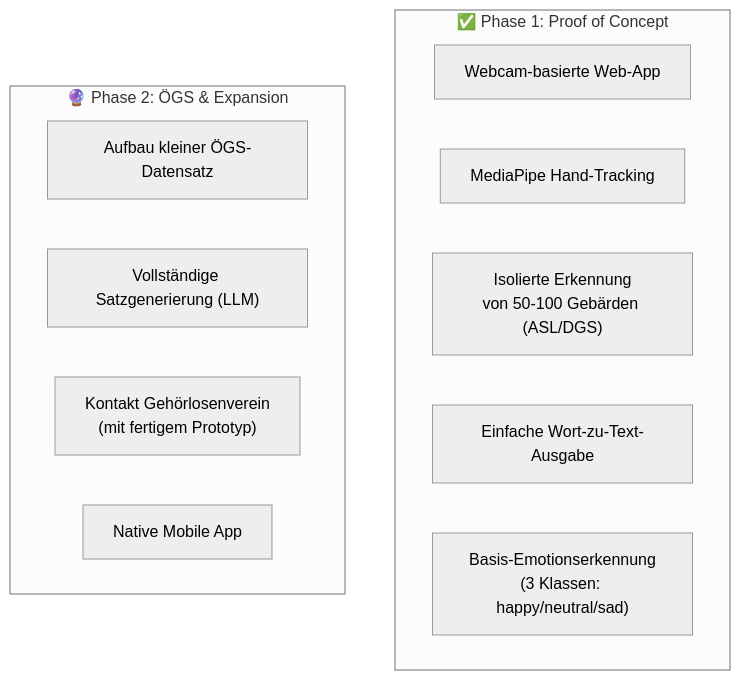
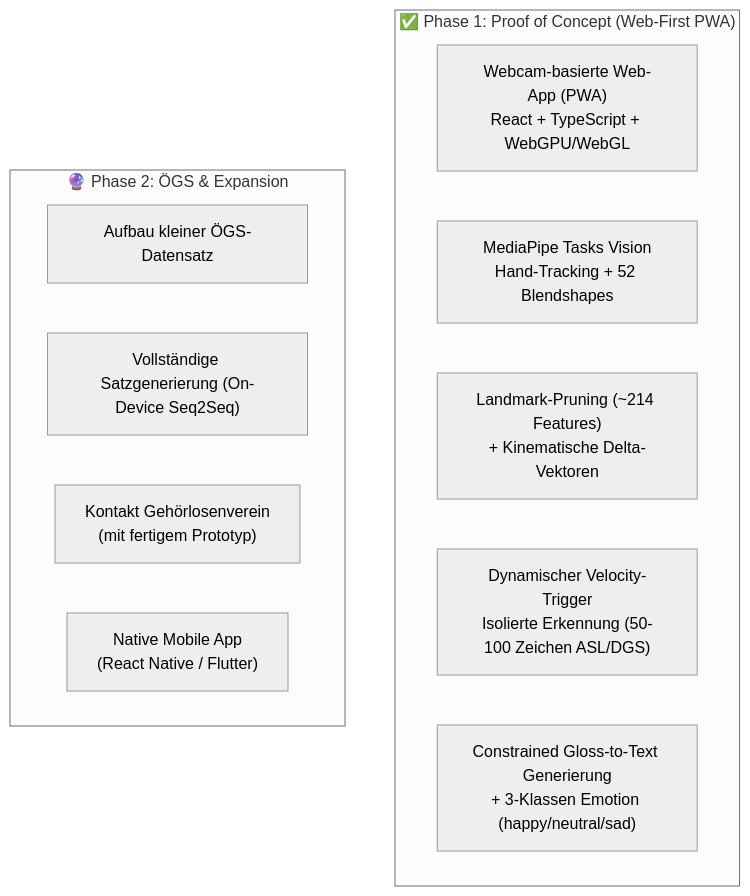
Before and after one commit to adirnberger-htl/singy: the third of 3 diagrams in PROJECT_PROPOSAL.md, drawn with Mermaid (neutral theme). The commit also changed other lines of this file and 1 other file, not shown here.

````diff
--- a/PROJECT_PROPOSAL.md
+++ b/PROJECT_PROPOSAL.md
@@ -272,17 +301,17 @@
 ```mermaid
 flowchart TD
-    subgraph MVP ["✅ Phase 1: Proof of Concept"]
-        A["Webcam-basierte Web-App"]
-        B["MediaPipe Hand-Tracking"]
-        C["Isolierte Erkennung\nvon 50-100 Gebärden (ASL/DGS)"]
-        D["Einfache Wort-zu-Text-Ausgabe"]
-        E["Basis-Emotionserkennung\n(3 Klassen: happy/neutral/sad)"]
+    subgraph MVP ["✅ Phase 1: Proof of Concept (Web-First PWA)"]
+        A["Webcam-basierte Web-App (PWA)\nReact + TypeScript + WebGPU/WebGL"]
+        B["MediaPipe Tasks Vision\nHand-Tracking + 52 Blendshapes"]
+        C["Landmark-Pruning (~214 Features)\n+ Kinematische Delta-Vektoren"]
+        D["Dynamischer Velocity-Trigger\nIsolierte Erkennung (50-100 Zeichen ASL/DGS)"]
+        E["Constrained Gloss-to-Text Generierung\n+ 3-Klassen Emotion (happy/neutral/sad)"]
     end
 
     subgraph POST_MVP ["🔮 Phase 2: ÖGS & Expansion"]
         F["Aufbau kleiner ÖGS-Datensatz"]
-        G["Vollständige Satzgenerierung (LLM)"]
+        G["Vollständige Satzgenerierung (On-Device Seq2Seq)"]
         H["Kontakt Gehörlosenverein\n(mit fertigem Prototyp)"]
-        I["Native Mobile App"]
+        I["Native Mobile App\n(React Native / Flutter)"]
     end
 ```
````
